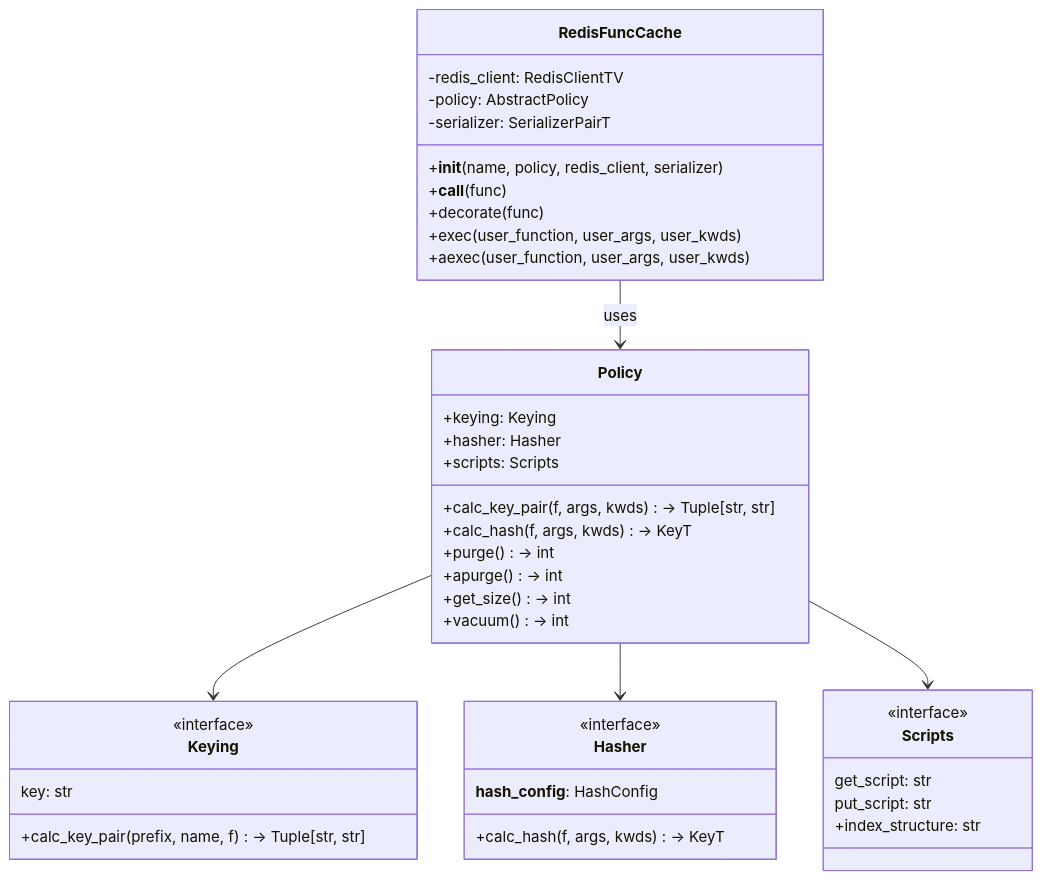
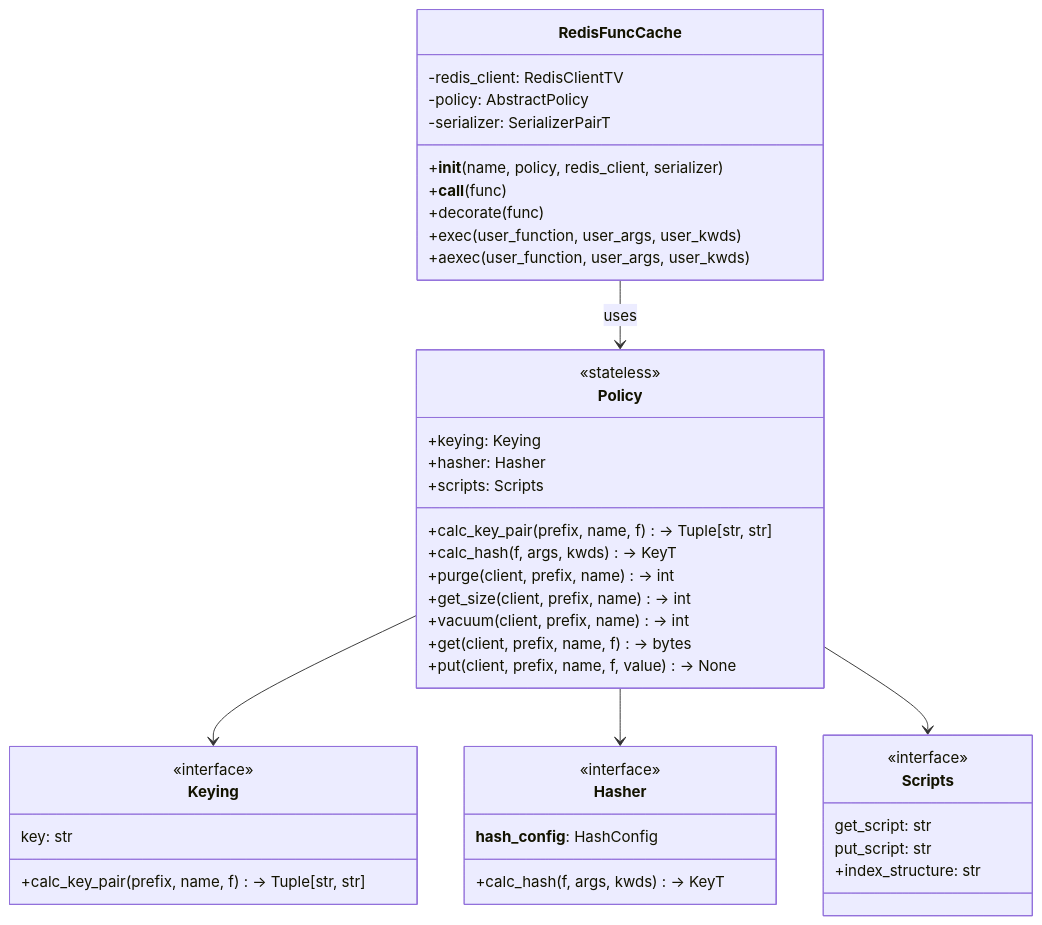
The third of 7 diagrams in README.md (tanbro/redis_func_cache), drawn with Mermaid before and after one commit. The commit also changed other lines of this file and 52 other files, not shown here.

First line of the commit message:
refactor!: composition architecture — declaration in Scripts, invocation in Policy

````diff
--- a/README.md
+++ b/README.md
@@ -416,49 +417,51 @@
 ```mermaid
 classDiagram
     class RedisFuncCache {
         -redis_client: RedisClientTV
         -policy: AbstractPolicy
         -serializer: SerializerPairT
         +__init__(name, policy, redis_client, serializer)
         +__call__(func)
         +decorate(func)
         +exec(user_function, user_args, user_kwds)
         +aexec(user_function, user_args, user_kwds)
     }
 
     class Policy {
+        <<stateless>>
         +keying: Keying
         +hasher: Hasher
         +scripts: Scripts
-        +calc_key_pair(f, args, kwds) -> Tuple[str, str]
+        +calc_key_pair(prefix, name, f) -> Tuple[str, str]
         +calc_hash(f, args, kwds) -> KeyT
-        +purge() -> int
-        +apurge() -> int
-        +get_size() -> int
-        +vacuum() -> int
+        +purge(client, prefix, name) -> int
+        +get_size(client, prefix, name) -> int
+        +vacuum(client, prefix, name) -> int
+        +get(client, prefix, name, f) -> bytes
+        +put(client, prefix, name, f, value) -> None
     }
 
     class Keying {
         <<interface>>
         key: str
         +calc_key_pair(prefix, name, f) -> Tuple[str, str]
     }
 
     class Hasher {
         <<interface>>
         __hash_config__: HashConfig
         +calc_hash(f, args, kwds) -> KeyT
     }
 
     class Scripts {
         <<interface>>
         get_script: str
         put_script: str
         +index_structure: str
     }
 
     RedisFuncCache --> Policy : uses
     Policy --> Keying
     Policy --> Hasher
     Policy --> Scripts
 ```
````
